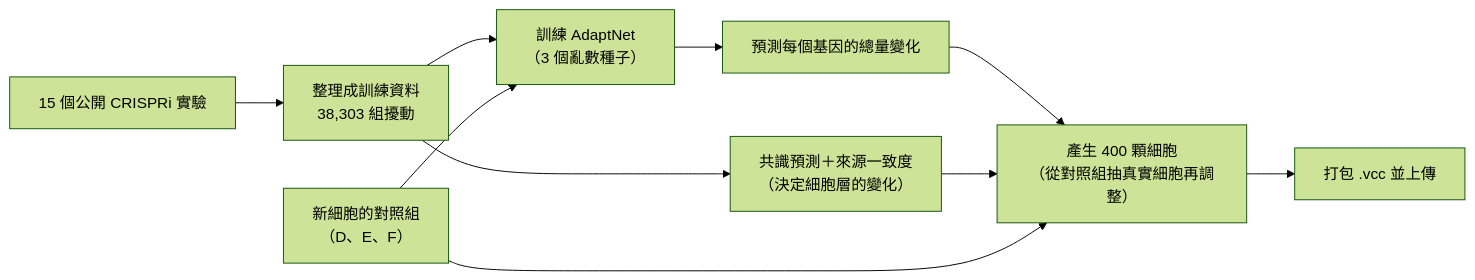
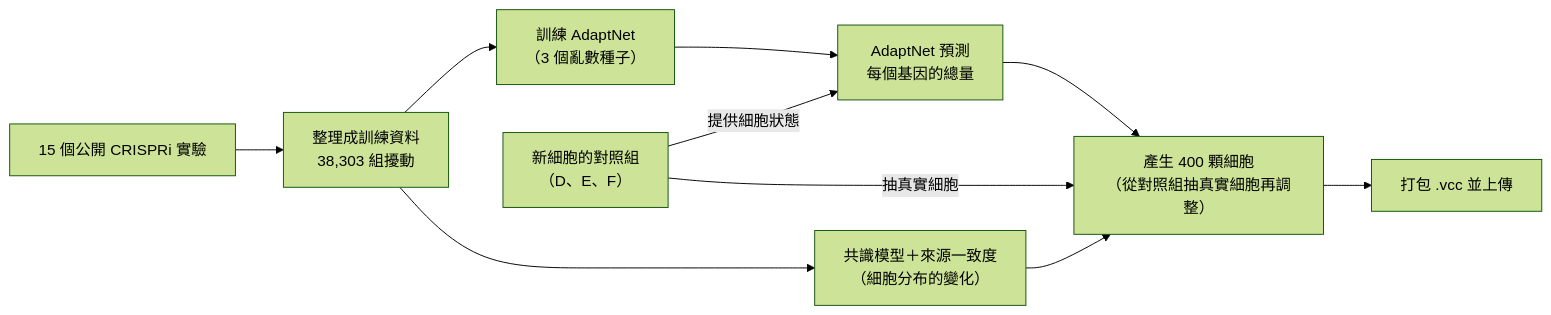
One commit to zxc29051617/VirtualCellChallenge-2026_NTU_JHLab changed the first of 2 diagrams in general_model/README.md. Above: the diagram before and after it, drawn with Mermaid (forest theme). The commit also changed other lines of this file and 23 other files, not shown here.

````diff
--- a/general_model/README.md
+++ b/general_model/README.md
@@ -118,12 +177,12 @@
 ```mermaid
 flowchart LR
   A["15 個公開 CRISPRi 實驗"] --> B["整理成訓練資料<br/>38,303 組擾動"]
   B --> C["訓練 AdaptNet<br/>（3 個亂數種子）"]
-  D["新細胞的對照組<br/>（D、E、F）"] --> C
-  C --> E["預測每個基因的總量變化"]
-  B --> F["共識預測＋來源一致度<br/>（決定細胞層的變化）"]
+  C --> E["AdaptNet 預測<br/>每個基因的總量"]
+  D["新細胞的對照組<br/>（D、E、F）"] -- "提供細胞狀態" --> E
+  B --> F["共識模型＋來源一致度<br/>（細胞分布的變化）"]
   E --> G["產生 400 顆細胞<br/>（從對照組抽真實細胞再調整）"]
   F --> G
-  D --> G
+  D -- "抽真實細胞" --> G
   G --> H["打包 .vcc 並上傳"]
 ```
````
